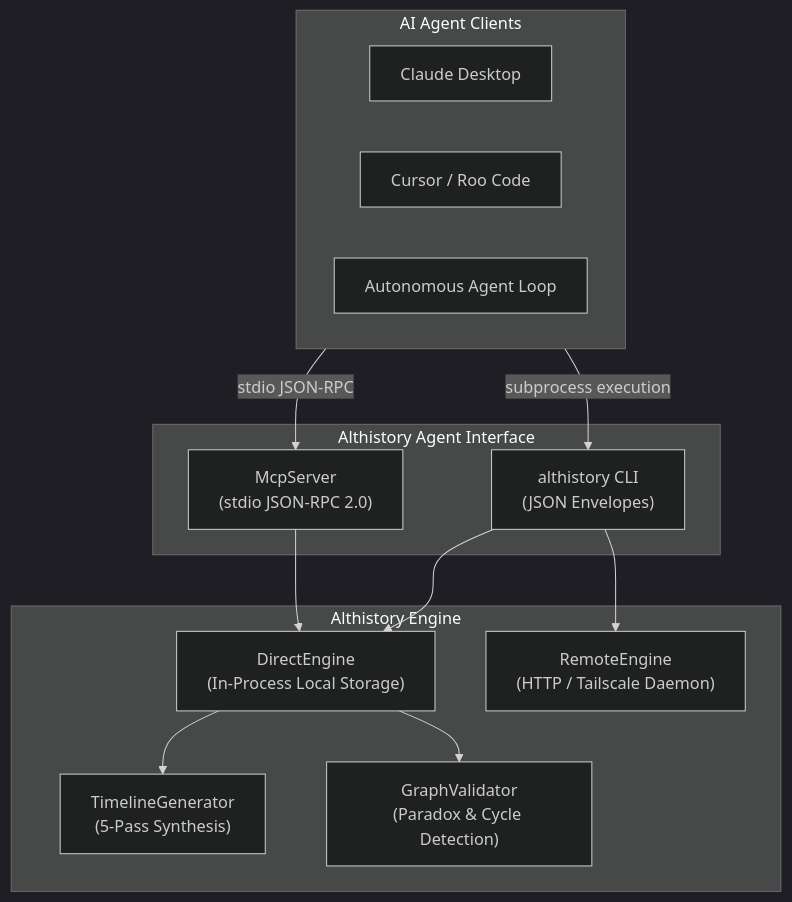
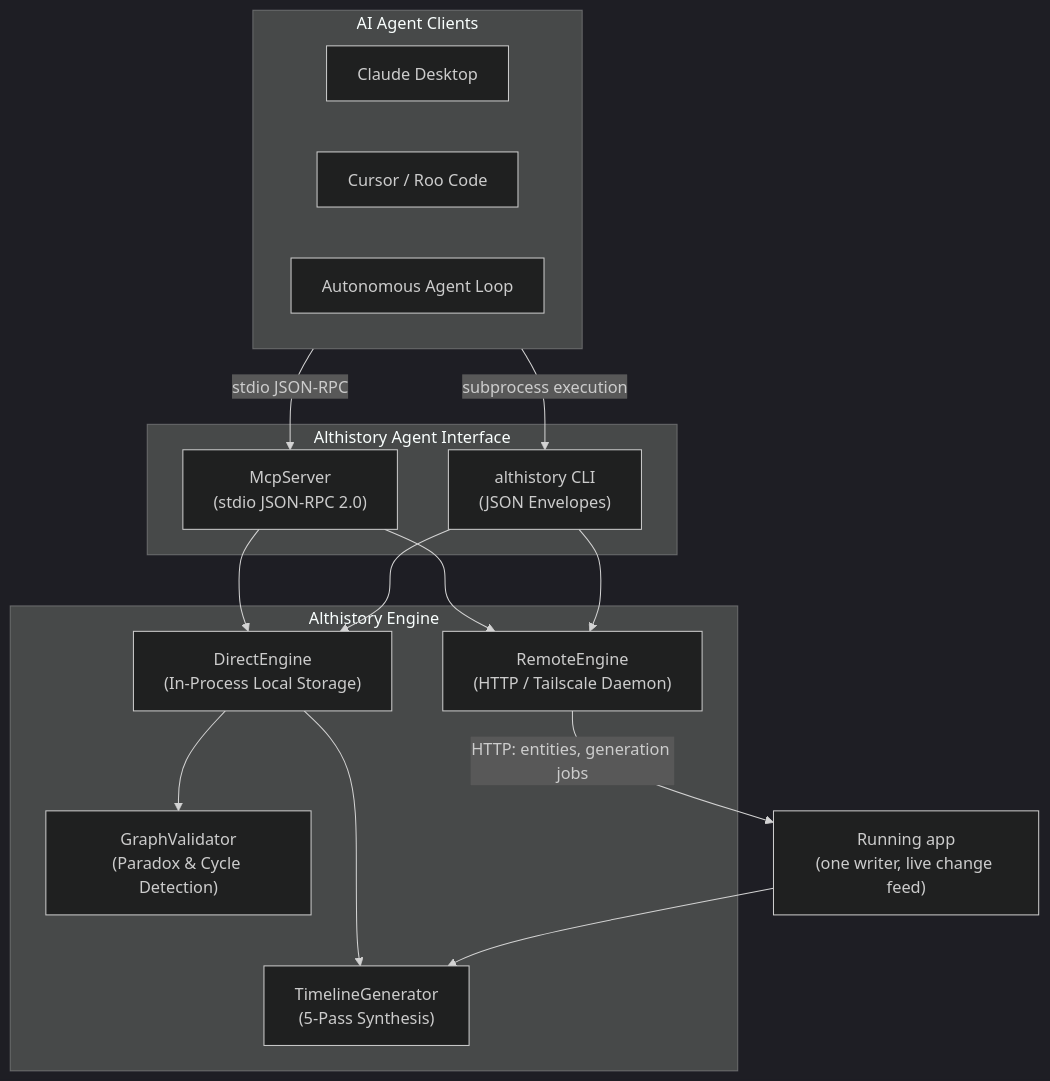
The diagram in docs/mcp-agent-guide.md (Qworg/althistory), drawn with Mermaid (dark theme) before and after one commit. The commit also changed other lines of this file and 7 other files, not shown here.

First line of the commit message:
docs: generation through the app and the live change feed

````diff
--- a/docs/mcp-agent-guide.md
+++ b/docs/mcp-agent-guide.md
@@ -11,28 +11,31 @@
 ```mermaid
 flowchart TD
     subgraph Agents ["AI Agent Clients"]
         Claude["Claude Desktop"]
         Cursor["Cursor / Roo Code"]
         CustomAgent["Autonomous Agent Loop"]
     end
 
     subgraph Interface ["Althistory Agent Interface"]
         MCP["McpServer<br/>(stdio JSON-RPC 2.0)"]
         CLI["althistory CLI<br/>(JSON Envelopes)"]
     end
 
     subgraph Core ["Althistory Engine"]
         Direct["DirectEngine<br/>(In-Process Local Storage)"]
         Remote["RemoteEngine<br/>(HTTP / Tailscale Daemon)"]
         Generator["TimelineGenerator<br/>(5-Pass Synthesis)"]
         Validator["GraphValidator<br/>(Paradox & Cycle Detection)"]
     end
 
     Agents -->|stdio JSON-RPC| MCP
     Agents -->|subprocess execution| CLI
+    MCP --> Remote
     MCP --> Direct
     CLI --> Direct
     CLI --> Remote
     Direct --> Generator
     Direct --> Validator
+    Remote -->|"HTTP: entities, generation jobs"| App["Running app<br/>(one writer, live change feed)"]
+    App --> Generator
 ```
````
